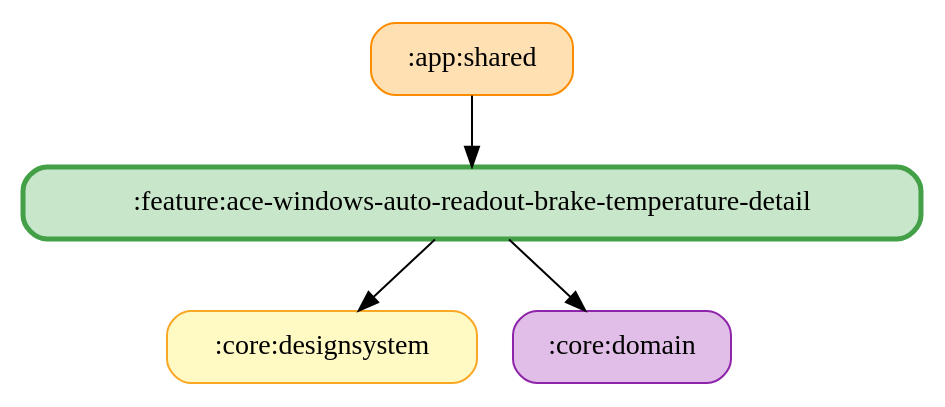
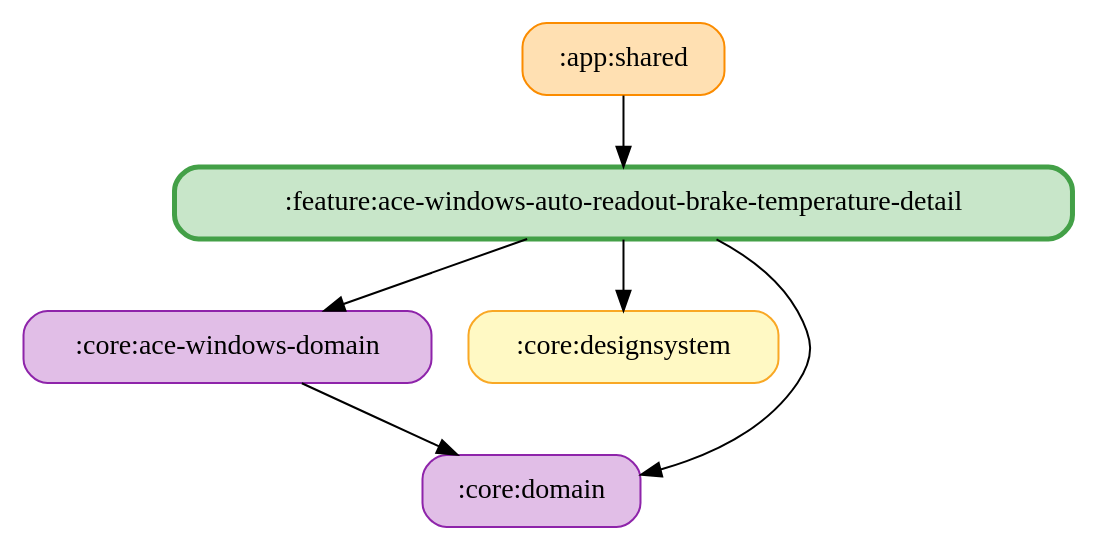
The diagram in docs/graphs/feature-ace-windows-auto-readout-brake-temperature-detail.gv (ai-kurou/KoDriver), drawn with Graphviz before and after one commit. The commit also changed 5 other files, not shown here.

Commit message:
chore: update module graph images

```diff
--- a/docs/graphs/feature-ace-windows-auto-readout-brake-temperature-detail.gv
+++ b/docs/graphs/feature-ace-windows-auto-readout-brake-temperature-detail.gv
@@ -1,11 +1,14 @@
 digraph G {
   rankdir=TB
   node [shape=box, style="rounded,filled"]
   ":app:shared" [fillcolor="#FFE0B2", color="#FB8C00", penwidth=1]
+  ":core:ace-windows-domain" [fillcolor="#E1BEE7", color="#8E24AA", penwidth=1]
   ":core:designsystem" [fillcolor="#FFF9C4", color="#F9A825", penwidth=1]
   ":core:domain" [fillcolor="#E1BEE7", color="#8E24AA", penwidth=1]
   ":feature:ace-windows-auto-readout-brake-temperature-detail" [fillcolor="#C8E6C9", color="#43A047", penwidth=2.5]
   ":app:shared" -> ":feature:ace-windows-auto-readout-brake-temperature-detail"
+  ":core:ace-windows-domain" -> ":core:domain"
   ":feature:ace-windows-auto-readout-brake-temperature-detail" -> ":core:domain"
   ":feature:ace-windows-auto-readout-brake-temperature-detail" -> ":core:designsystem"
+  ":feature:ace-windows-auto-readout-brake-temperature-detail" -> ":core:ace-windows-domain"
 }
```
